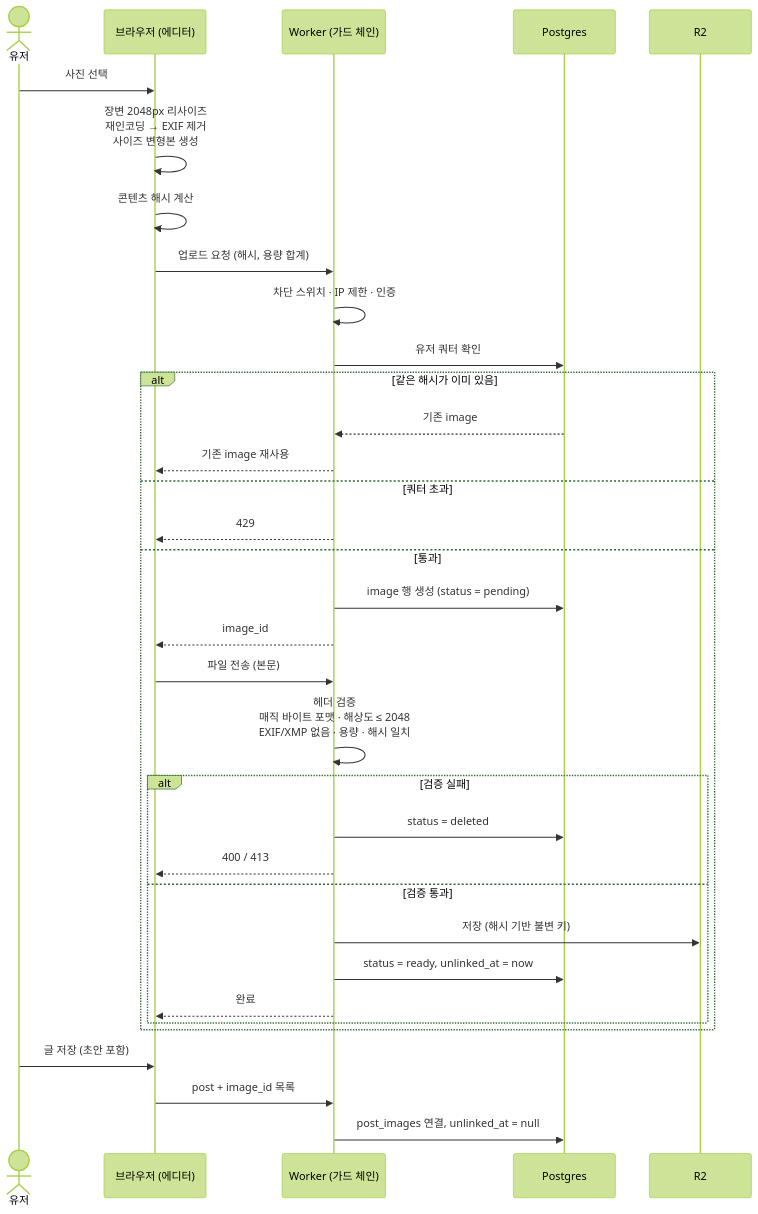
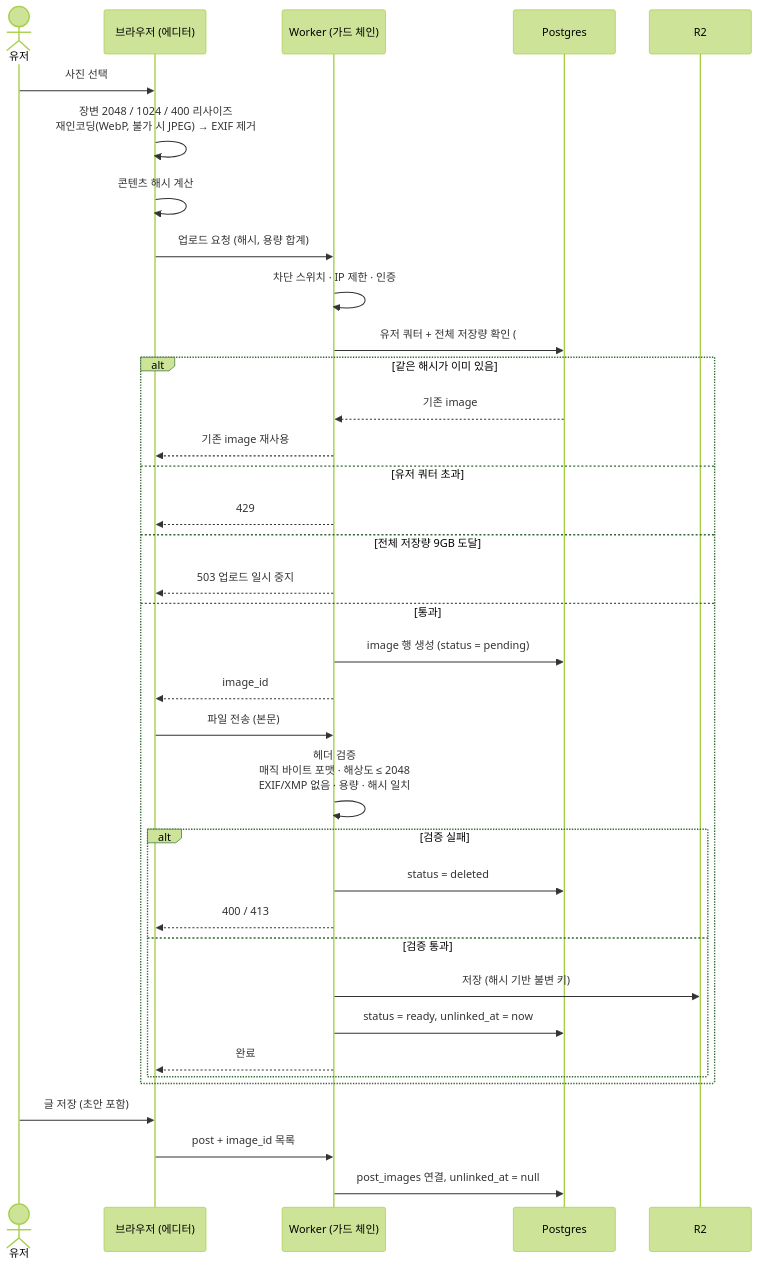
Before and after one commit to evanyun93/G-MOIM: the seventh of 7 diagrams in docs/architecture/아키텍처_v1_2026-09-13.md, drawn with Mermaid (forest theme). The commit also changed other lines of this file and 4 other files, not shown here.

````diff
--- a/docs/architecture/아키텍처_v1_2026-09-13.md
+++ b/docs/architecture/아키텍처_v1_2026-09-13.md
@@ -337,40 +350,42 @@
 ```mermaid
 sequenceDiagram
     actor U as 유저
     participant B as 브라우저 (에디터)
     participant W as Worker (가드 체인)
     participant DB as Postgres
     participant R2 as R2
 
     U->>B: 사진 선택
-    B->>B: 장변 2048px 리사이즈<br/>재인코딩 → EXIF 제거<br/>사이즈 변형본 생성
+    B->>B: 장변 2048 / 1024 / 400 리사이즈<br/>재인코딩(WebP, 불가 시 JPEG) → EXIF 제거
     B->>B: 콘텐츠 해시 계산
 
     B->>W: 업로드 요청 (해시, 용량 합계)
     W->>W: 차단 스위치 · IP 제한 · 인증
-    W->>DB: 유저 쿼터 확인
+    W->>DB: 유저 쿼터 + 전체 저장량 확인 (#33)
     alt 같은 해시가 이미 있음
         DB-->>W: 기존 image
         W-->>B: 기존 image 재사용
-    else 쿼터 초과
+    else 유저 쿼터 초과
         W-->>B: 429
+    else 전체 저장량 9GB 도달
+        W-->>B: 503 업로드 일시 중지
     else 통과
         W->>DB: image 행 생성 (status = pending)
         W-->>B: image_id
 
         B->>W: 파일 전송 (본문)
         W->>W: 헤더 검증<br/>매직 바이트 포맷 · 해상도 ≤ 2048<br/>EXIF/XMP 없음 · 용량 · 해시 일치
         alt 검증 실패
             W->>DB: status = deleted
             W-->>B: 400 / 413
         else 검증 통과
             W->>R2: 저장 (해시 기반 불변 키)
             W->>DB: status = ready, unlinked_at = now
             W-->>B: 완료
         end
     end
 
     U->>B: 글 저장 (초안 포함)
     B->>W: post + image_id 목록
     W->>DB: post_images 연결, unlinked_at = null
 ```
````
